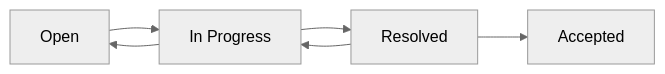
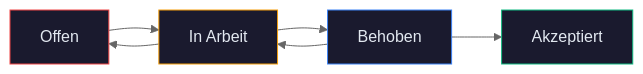
The diagram in docs/bedienung/findings.md (silentspike/complianceos), drawn with Mermaid (neutral theme) before and after one commit. The commit also changed other lines of this file and 52 other files, not shown here.

````diff
--- a/docs/bedienung/findings.md
+++ b/docs/bedienung/findings.md
@@ -44,8 +120,12 @@
 ```mermaid
 flowchart LR
-    Open --> InProgress[In Progress]
-    InProgress --> Resolved
-    Resolved --> Accepted
+    Open[Offen] --> InProgress[In Arbeit]
+    InProgress --> Resolved[Behoben]
+    Resolved --> Accepted[Akzeptiert]
     InProgress --> Open
     Resolved --> InProgress
+    style Open fill:#1a1a2e,stroke:#ef4444,color:#e2e8f0
+    style InProgress fill:#1a1a2e,stroke:#f59e0b,color:#e2e8f0
+    style Resolved fill:#1a1a2e,stroke:#3b82f6,color:#e2e8f0
+    style Accepted fill:#1a1a2e,stroke:#10b981,color:#e2e8f0
 ```
````
